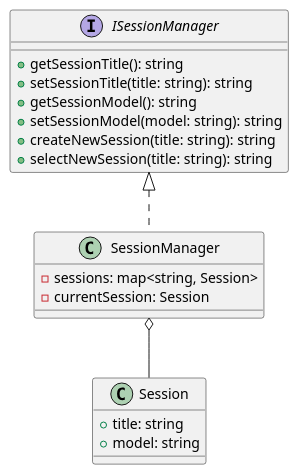
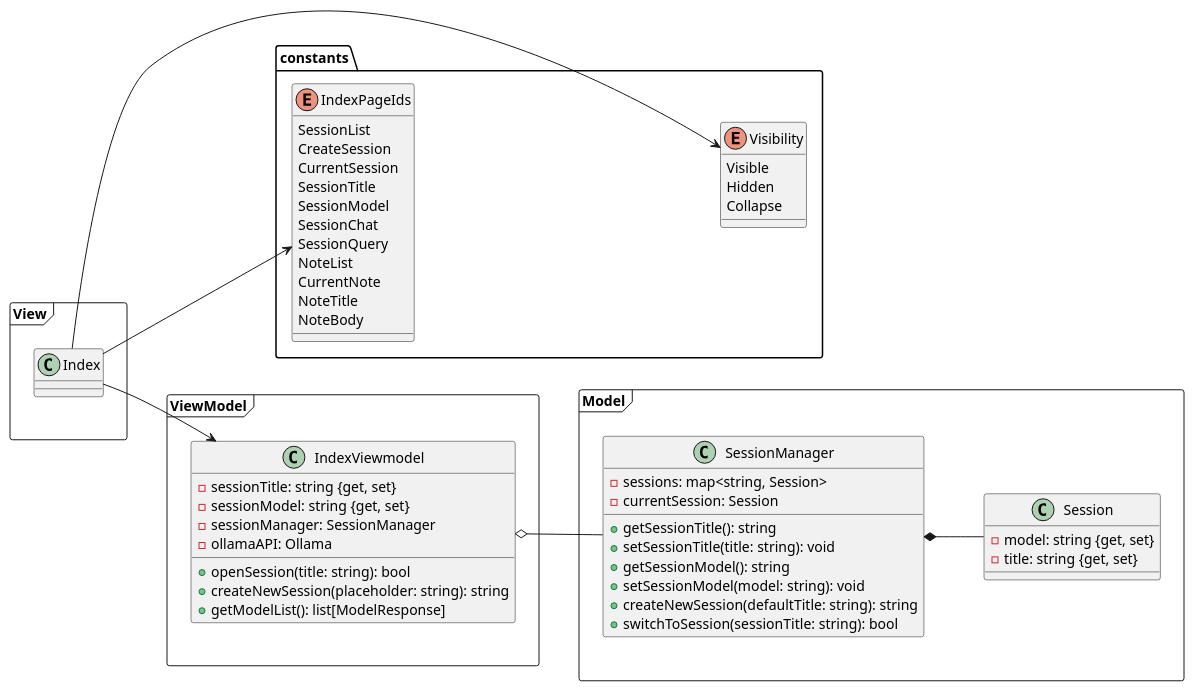
The diagram in docs/diagrams/src/class-diagram.plantuml (Kirya-D/LocalQuery), drawn with PlantUML before and after one commit. The commit also changed 9 other files, not shown here.

Commit message:
Updated documentation - Made method documentation more detailed - Updated class diagram - Added viewmodel testing - Added more test cases to existing test suites

```diff
--- a/docs/diagrams/src/class-diagram.plantuml
+++ b/docs/diagrams/src/class-diagram.plantuml
@@ -1,25 +1,78 @@
-@startuml "ModelSessionsDiagram"
+@startuml "ClassDiagram"
+left to right direction
 
-interface "ISessionManager" as sessionManagerInterface {
-    +{method} getSessionTitle(): string
-    +{method} setSessionTitle(title: string): string
-    +{method} getSessionModel(): string
-    +{method} setSessionModel(model: string): string
-    +{method} createNewSession(title: string): string
-    +{method} selectNewSession(title: string): string
+folder constants {
+    enum IndexPageIds {
+        SessionList
+        CreateSession
+        CurrentSession
+        SessionTitle
+        SessionModel
+        SessionChat
+        SessionQuery
+        NoteList
+        CurrentNote
+        NoteTitle
+        NoteBody
+    }
+    enum Visibility {
+        Visible
+        Hidden
+        Collapse
+    }
+
+    IndexPageIds -[Hidden]- Visibility
 }
 
-class "SessionManager" as sessionManagerClass {
-    -{field} sessions: map<string, Session>
-    -{field} currentSession: Session
+frame View {
+    class Index {}
 }
 
-class "Session" as sessionClass {
-    +{field} title: string
-    +{field} model: string
+frame ViewModel {
+    class IndexViewmodel {
+        -{field} sessionTitle: string {get, set}
+        -{field} sessionModel: string {get, set}
+        -{field} sessionManager: SessionManager
+        -{field} ollamaAPI: Ollama
+        +{method} openSession(title: string): bool
+        +{method} createNewSession(placeholder: string): string
+        +{method} getModelList(): list[ModelResponse]
+    }
 }
 
-sessionManagerInterface <|.. sessionManagerClass
-sessionManagerClass o-- sessionClass
+frame Model {
+    class SessionManager {
+        -{field} sessions: map<string, Session>
+        -{field} currentSession: Session
+        +{method} getSessionTitle(): string
+        +{method} setSessionTitle(title: string): void
+        +{method} getSessionModel(): string
+        +{method} setSessionModel(model: string): void
+        +{method} createNewSession(defaultTitle: string): string
+        +{method} switchToSession(sessionTitle: string): bool
+    }
+
+    class Session {
+        -{field} model: string {get, set}
+        -{field} title: string {get, set}
+    }
+}
+
+' View - Viewmodel Relations
+Index --> IndexViewmodel
+
+' Viewmodel - Model Relations
+IndexViewmodel o-- SessionManager
+
+' Model - Model Relations
+SessionManager *-- Session
+
+' Other Relations
+Index --> IndexPageIds
+Index -> Visibility
+
+' Orient diagram
+View -[Hidden]right- ViewModel
+ViewModel -[Hidden]right- Model
 
 @enduml
```
